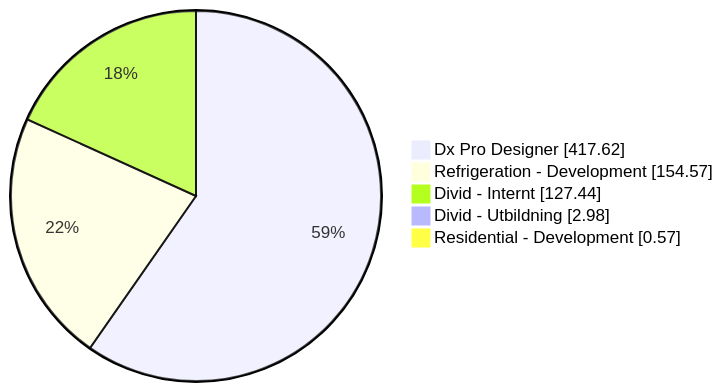
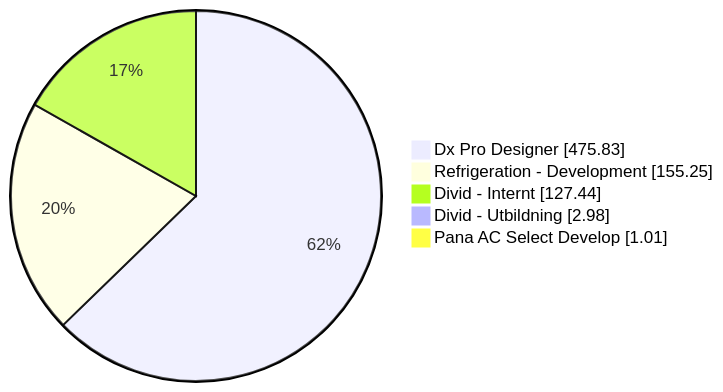
Before and after one commit to albinforsberg-netizen/timeclock: the first of 5 diagrams in README.org, drawn with Mermaid. The commit also changed other lines of this file, not shown here.

```diff
--- a/README.org
+++ b/README.org
@@ -32,8 +32,8 @@
 #+begin_src mermaid
 pie showData
-    "Dx Pro Designer" : 417.62
-    "Refrigeration - Development" : 154.57
+    "Dx Pro Designer" : 475.83
+    "Refrigeration - Development" : 155.25
     "Divid - Internt" : 127.44
     "Divid - Utbildning" : 2.98
-    "Residential - Development" : 0.57
+    "Pana AC Select Develop" : 1.01
 #+end_src
```
